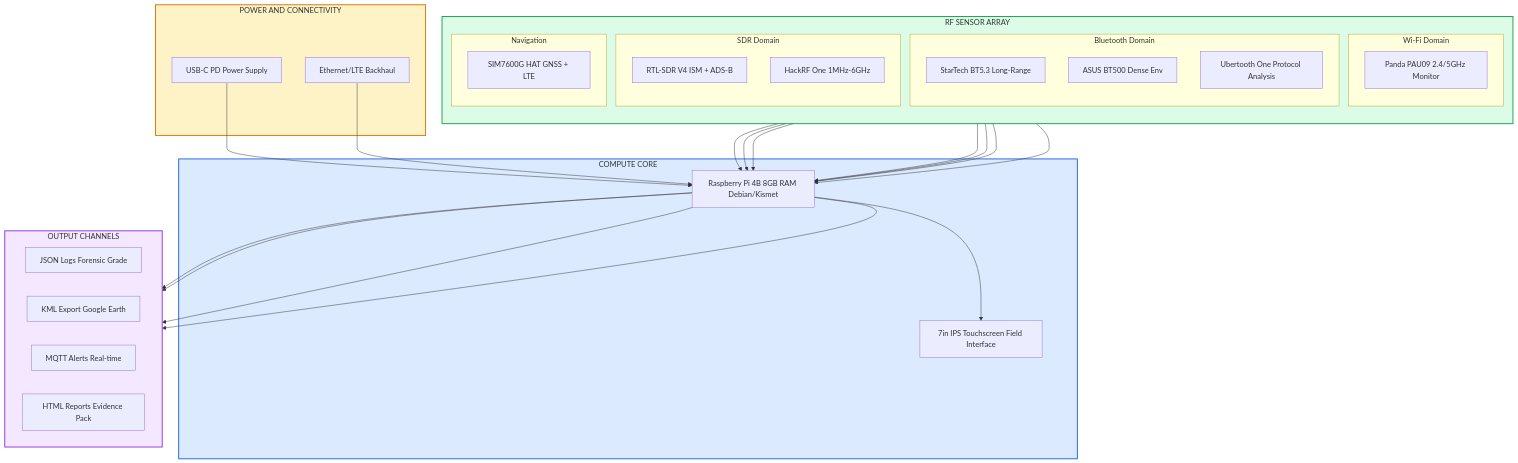
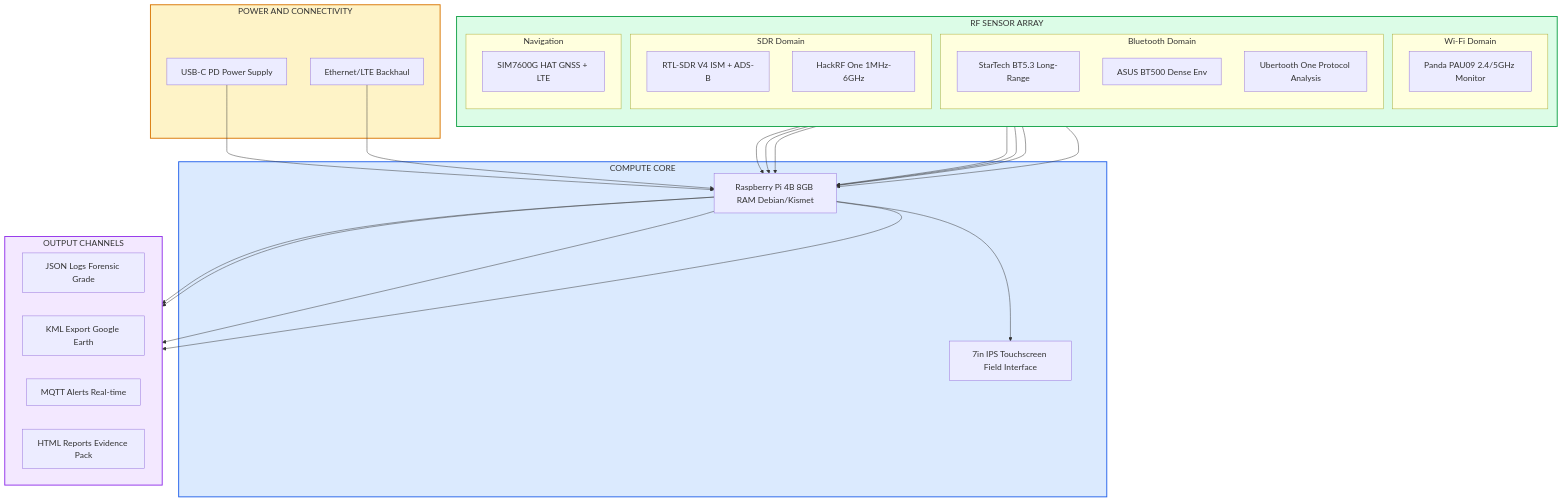
The first of 3 diagrams in docs/cybersecurity/tracelock.md (Pharns/portfolio), drawn with Mermaid before and after one commit.

Commit message:
Enlarge TraceLock physical architecture diagram

````diff
--- a/docs/cybersecurity/tracelock.md
+++ b/docs/cybersecurity/tracelock.md
@@ -92,59 +92,60 @@
 ```mermaid
+%%{init: {"flowchart": {"nodeSpacing": 50, "rankSpacing": 50}, "themeVariables": {"fontSize": "18px"}}}%%
 flowchart TB
     subgraph POWER["POWER AND CONNECTIVITY"]
         PWR["USB-C PD Power Supply"]
         ETH["Ethernet/LTE Backhaul"]
     end
 
     subgraph COMPUTE["COMPUTE CORE"]
         PI["Raspberry Pi 4B 8GB RAM Debian/Kismet"]
         DSP["7in IPS Touchscreen Field Interface"]
     end
 
     subgraph RF_SENSORS["RF SENSOR ARRAY"]
         direction TB
         subgraph WIFI["Wi-Fi Domain"]
             PANDA["Panda PAU09 2.4/5GHz Monitor"]
         end
         subgraph BLE["Bluetooth Domain"]
             BT1["StarTech BT5.3 Long-Range"]
             BT2["ASUS BT500 Dense Env"]
             UBT["Ubertooth One Protocol Analysis"]
         end
         subgraph SDR["SDR Domain"]
             RTL["RTL-SDR V4 ISM + ADS-B"]
             HRF["HackRF One 1MHz-6GHz"]
         end
         subgraph NAV["Navigation"]
             GPS["SIM7600G HAT GNSS + LTE"]
         end
     end
 
     subgraph OUTPUT["OUTPUT CHANNELS"]
         direction LR
         LOG["JSON Logs Forensic Grade"]
         KML["KML Export Google Earth"]
         MQTT["MQTT Alerts Real-time"]
         RPT["HTML Reports Evidence Pack"]
     end
 
     PWR --> PI
     ETH --> PI
     PI --> DSP
     PANDA --> PI
     BT1 --> PI
     BT2 --> PI
     UBT --> PI
     RTL --> PI
     HRF --> PI
     GPS --> PI
     PI --> LOG
     PI --> KML
     PI --> MQTT
     PI --> RPT
 
     style POWER fill:#fef3c7,stroke:#d97706,stroke-width:2px
     style COMPUTE fill:#dbeafe,stroke:#2563eb,stroke-width:2px
     style RF_SENSORS fill:#dcfce7,stroke:#16a34a,stroke-width:2px
     style OUTPUT fill:#f3e8ff,stroke:#9333ea,stroke-width:2px
 ```
````
